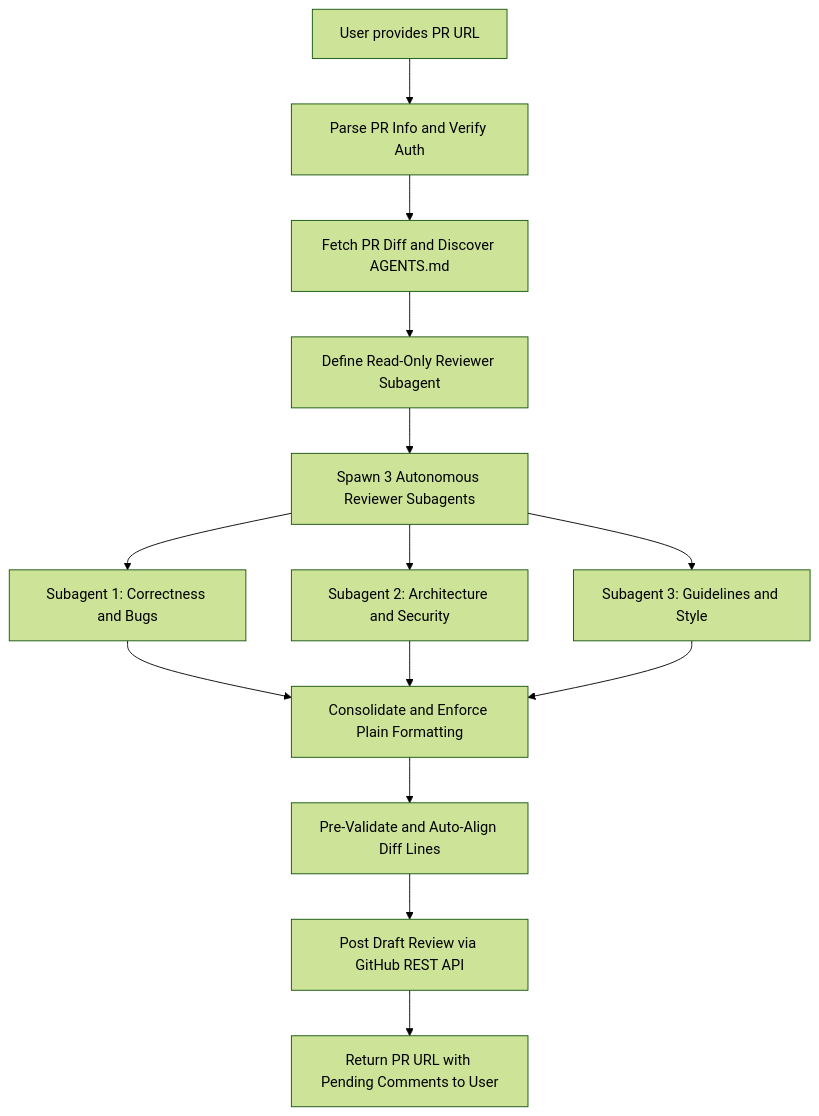
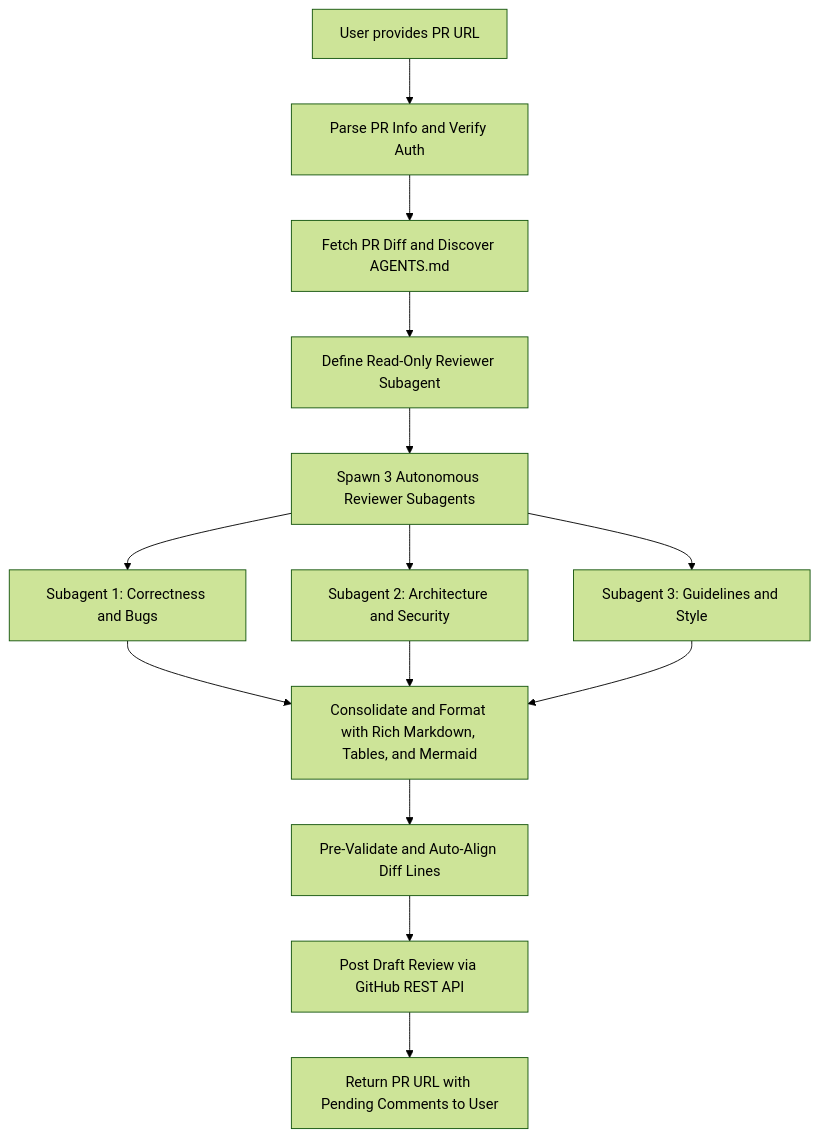
Before and after one commit to cardboardcode/agent-toolkit: the diagram in skills/github-draft-reviewer/SKILL.md, drawn with Mermaid (forest theme). The commit also changed other lines of this file and 4 other files, not shown here.

Commit message:
:heavy_plus_sign: :blue_book: :hammer: Document Open-RMF model download removal and enable rich GFM formatting in github-draft-reviewer

````diff
--- a/skills/github-draft-reviewer/SKILL.md
+++ b/skills/github-draft-reviewer/SKILL.md
@@ -47,14 +48,14 @@
 ```mermaid
 flowchart TD
     A[User provides PR URL] --> B[Parse PR Info and Verify Auth]
     B --> C[Fetch PR Diff and Discover AGENTS.md]
     C --> D[Define Read-Only Reviewer Subagent]
     D --> E[Spawn 3 Autonomous Reviewer Subagents]
     E --> F[Subagent 1: Correctness and Bugs]
     E --> G[Subagent 2: Architecture and Security]
     E --> H[Subagent 3: Guidelines and Style]
-    F & G & H --> I[Consolidate and Enforce Plain Formatting]
+    F & G & H --> I[Consolidate and Format with Rich Markdown, Tables, and Mermaid]
     I --> J[Pre-Validate and Auto-Align Diff Lines]
     J --> K[Post Draft Review via GitHub REST API]
     K --> L[Return PR URL with Pending Comments to User]
 ```
````
